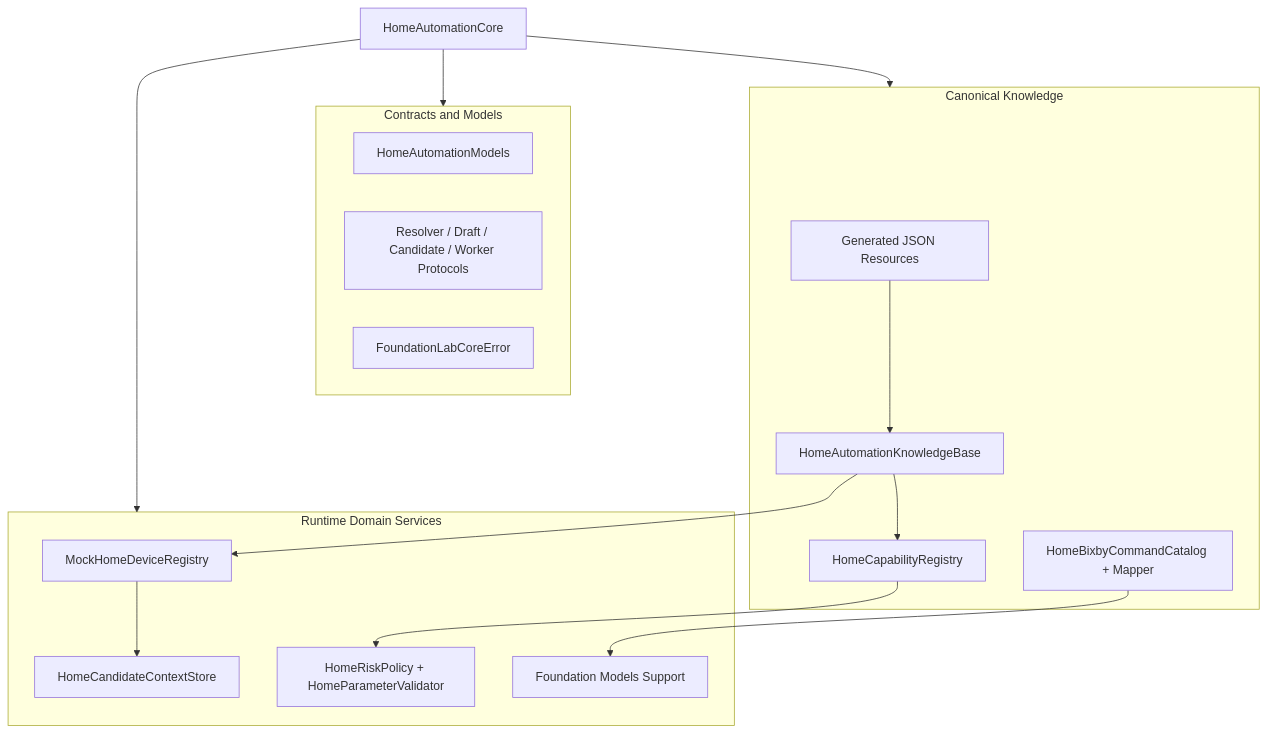
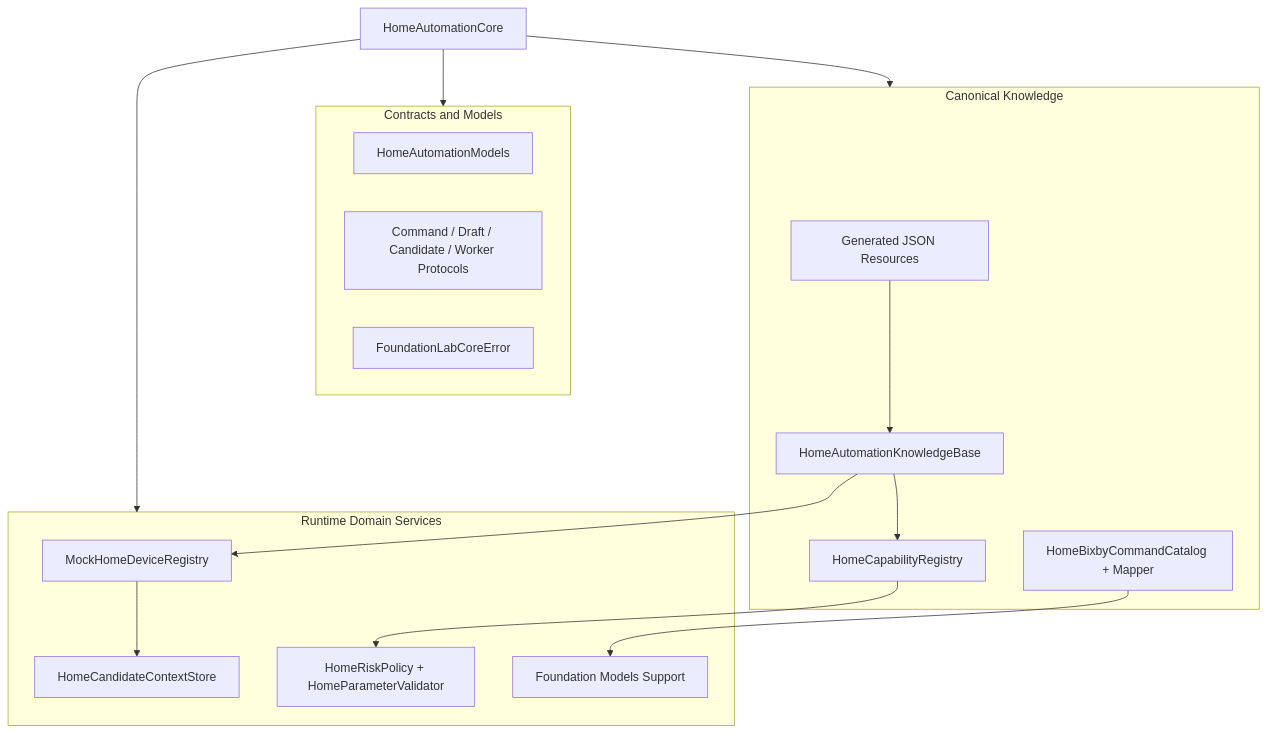
The first of 3 diagrams in HomeAutomationCore/Sources/HomeAutomationCore/README.md (ksypinro/HomeAutomation), drawn with Mermaid before and after one commit. The commit also changed other lines of this file and 40 other files, not shown here.

````diff
--- a/HomeAutomationCore/Sources/HomeAutomationCore/README.md
+++ b/HomeAutomationCore/Sources/HomeAutomationCore/README.md
@@ -9,35 +9,35 @@
 ```mermaid
 flowchart TB
     Core["HomeAutomationCore"]
 
     subgraph Contracts["Contracts and Models"]
         Models["HomeAutomationModels"]
-        ResolverContracts["Resolver / Draft / Candidate / Worker Protocols"]
+        ResolverContracts["Command / Draft / Candidate / Worker Protocols"]
         Errors["FoundationLabCoreError"]
     end
 
     subgraph Knowledge["Canonical Knowledge"]
         Resources["Generated JSON Resources"]
         KB["HomeAutomationKnowledgeBase"]
         Capabilities["HomeCapabilityRegistry"]
         Bixby["HomeBixbyCommandCatalog + Mapper"]
     end
 
     subgraph Runtime["Runtime Domain Services"]
         Registry["MockHomeDeviceRegistry"]
         CandidateStore["HomeCandidateContextStore"]
         Policies["HomeRiskPolicy + HomeParameterValidator"]
         FM["Foundation Models Support"]
     end
 
     Core --> Contracts
     Core --> Knowledge
     Core --> Runtime
 
     Resources --> KB
     KB --> Capabilities
     KB --> Registry
     Capabilities --> Policies
     Bixby --> FM
     Registry --> CandidateStore
 ```
````
